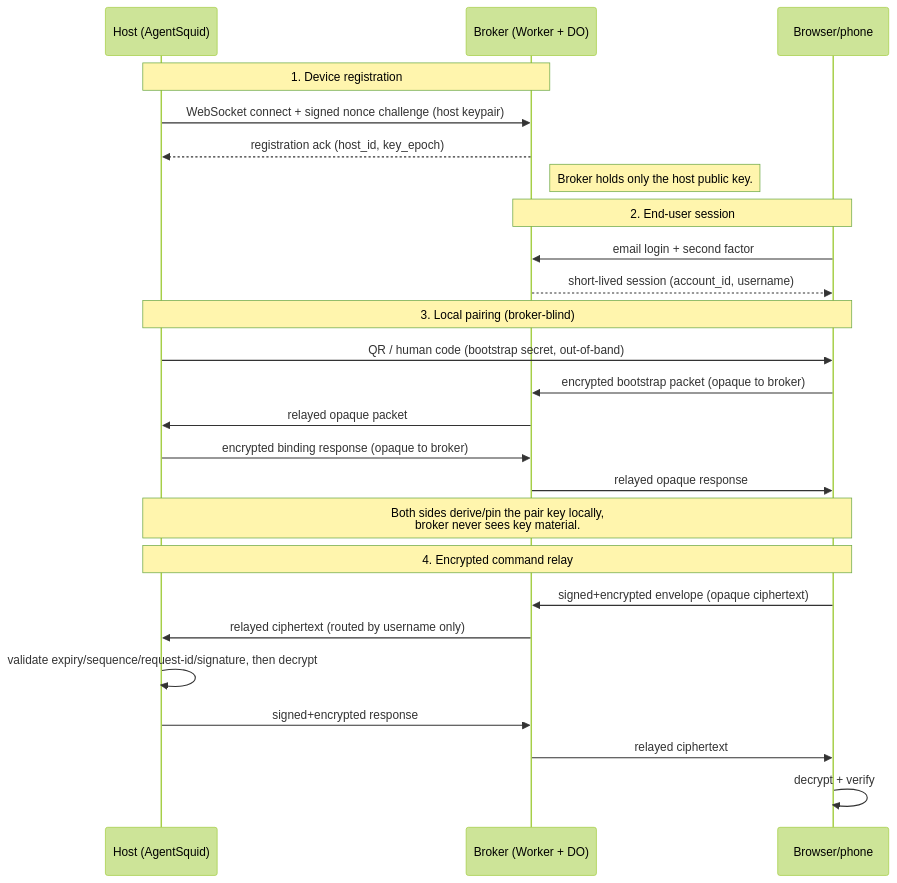
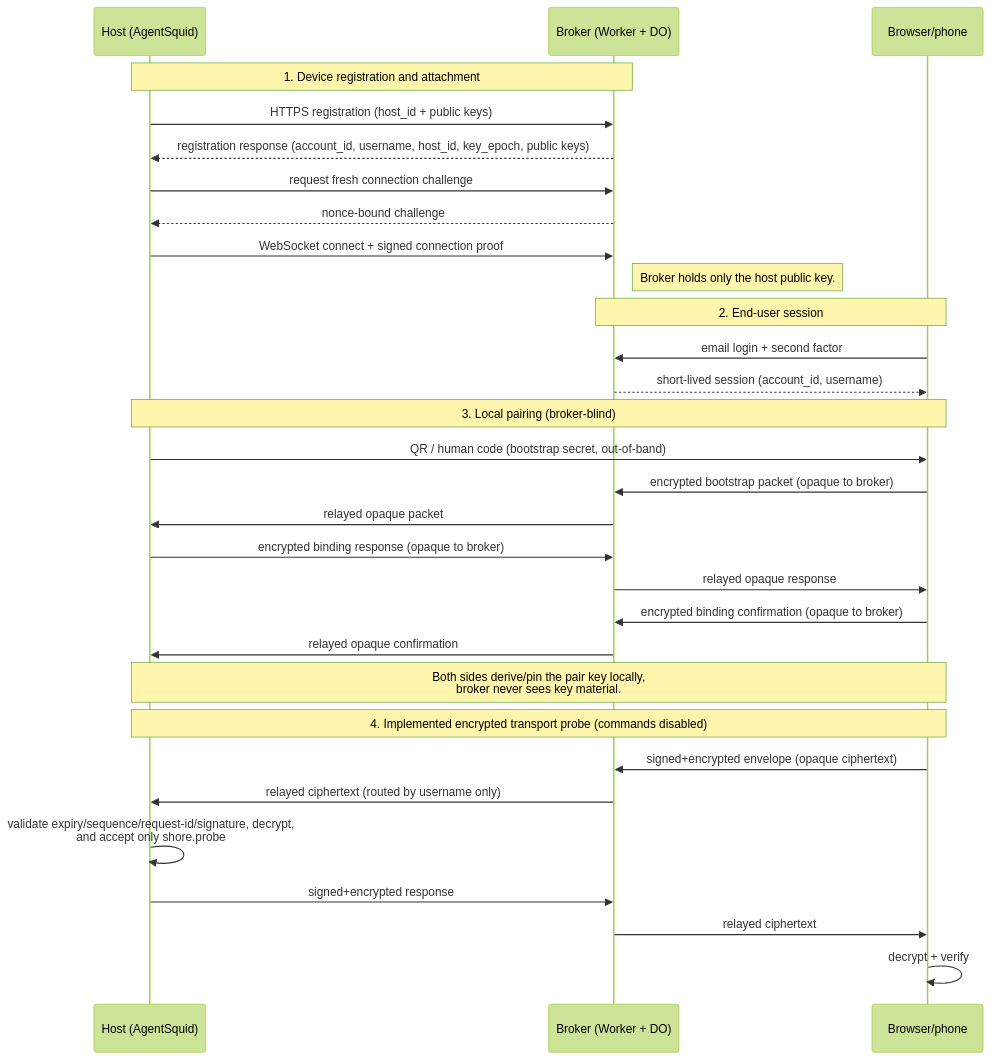
The first of 2 diagrams in docs/decisions/0039-remote-access-via-shore-broker.md (agent-squid/squid), drawn with Mermaid (forest theme) before and after one commit. The commit also changed other lines of this file, not shown here.

First line of the commit message:
docs: clarify Shore broker ADR-0039 target vs implemented flows

````diff
--- a/docs/decisions/0039-remote-access-via-shore-broker.md
+++ b/docs/decisions/0039-remote-access-via-shore-broker.md
@@ -194,31 +194,36 @@
 ```mermaid
 sequenceDiagram
     participant Host as Host (AgentSquid)
     participant Broker as Broker (Worker + DO)
     participant Browser as Browser/phone
 
-    Note over Host,Broker: 1. Device registration
-    Host->>Broker: WebSocket connect + signed nonce challenge (host keypair)
-    Broker-->>Host: registration ack (host_id, key_epoch)
+    Note over Host,Broker: 1. Device registration and attachment
+    Host->>Broker: HTTPS registration (host_id + public keys)
+    Broker-->>Host: registration response (account_id, username, host_id, key_epoch, public keys)
+    Host->>Broker: request fresh connection challenge
+    Broker-->>Host: nonce-bound challenge
+    Host->>Broker: WebSocket connect + signed connection proof
     Note right of Broker: Broker holds only the host public key.
 
     Note over Browser,Broker: 2. End-user session
     Browser->>Broker: email login + second factor
     Broker-->>Browser: short-lived session (account_id, username)
 
     Note over Host,Browser: 3. Local pairing (broker-blind)
     Host->>Browser: QR / human code (bootstrap secret, out-of-band)
     Browser->>Broker: encrypted bootstrap packet (opaque to broker)
     Broker->>Host: relayed opaque packet
     Host->>Broker: encrypted binding response (opaque to broker)
     Broker->>Browser: relayed opaque response
+    Browser->>Broker: encrypted binding confirmation (opaque to broker)
+    Broker->>Host: relayed opaque confirmation
     Note over Host,Browser: Both sides derive/pin the pair key locally,<br/>broker never sees key material.
 
-    Note over Host,Browser: 4. Encrypted command relay
+    Note over Host,Browser: 4. Implemented encrypted transport probe (commands disabled)
     Browser->>Broker: signed+encrypted envelope (opaque ciphertext)
     Broker->>Host: relayed ciphertext (routed by username only)
-    Host->>Host: validate expiry/sequence/request-id/signature, then decrypt
+    Host->>Host: validate expiry/sequence/request-id/signature, decrypt,<br/>and accept only shore.probe
     Host->>Broker: signed+encrypted response
     Broker->>Browser: relayed ciphertext
     Browser->>Browser: decrypt + verify
 ```
````
